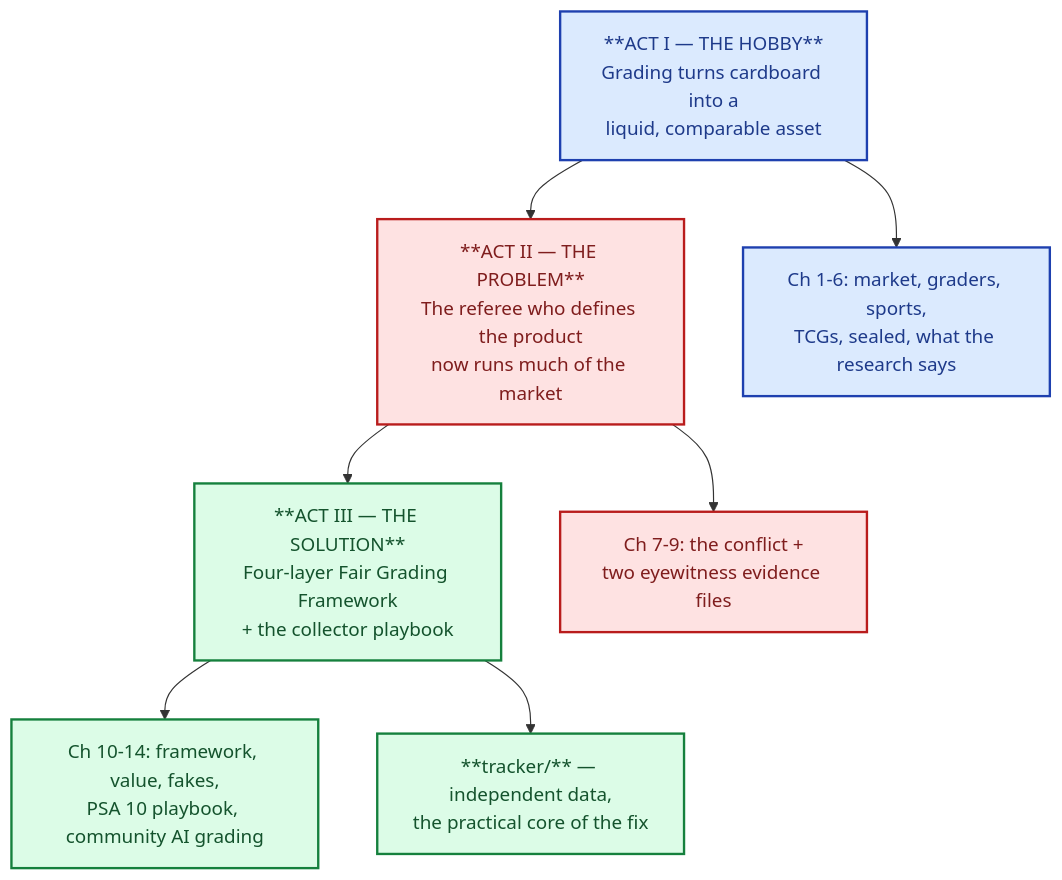
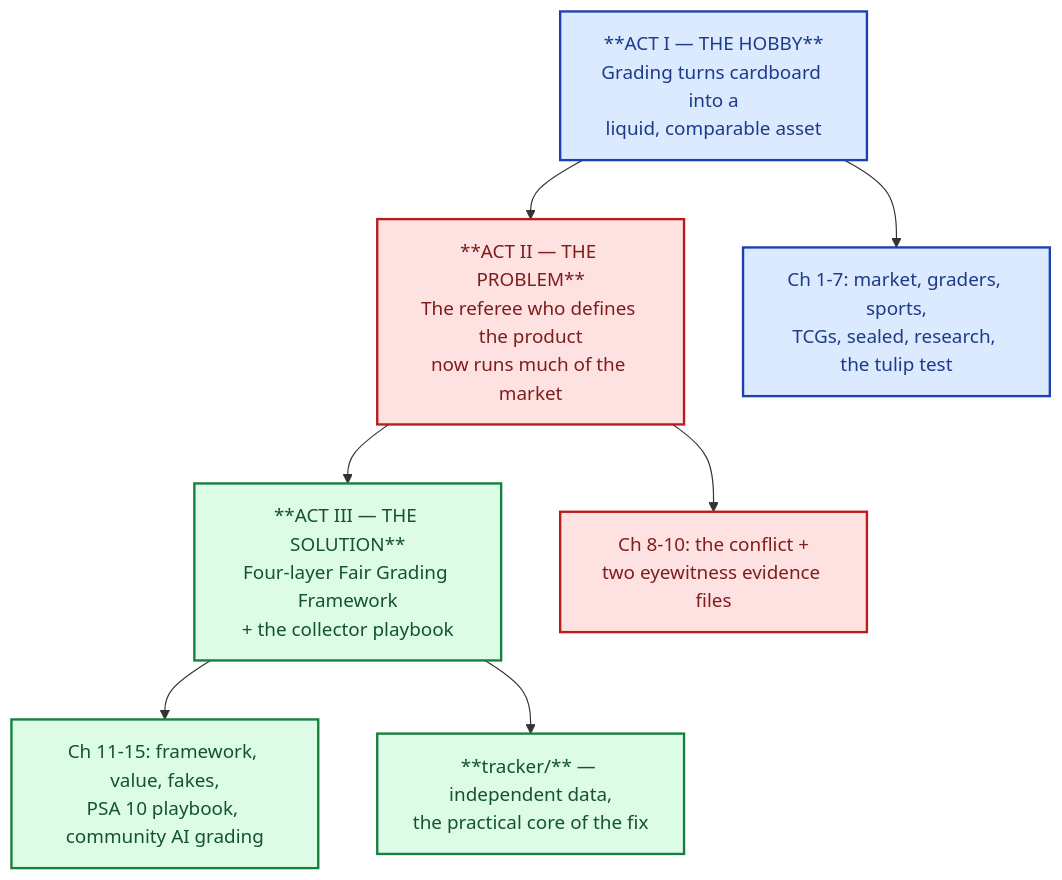
Before and after one commit to m0n3r0/trading-card-collector: the diagram in README.md, drawn with Mermaid. The commit also changed other lines of this file and 15 other files, not shown here.

````diff
--- a/README.md
+++ b/README.md
@@ -6,22 +6,22 @@
 ```mermaid
 
 flowchart TD
 classDef act1 fill:#dbeafe,stroke:#1e40af,stroke-width:2px,color:#1e3a8a;
 classDef act2 fill:#fee2e2,stroke:#b91c1c,stroke-width:2px,color:#7f1d1d;
 classDef act3 fill:#dcfce7,stroke:#15803d,stroke-width:2px,color:#14532d;
 classDef key fill:#fde68a,stroke:#b45309,stroke-width:2.5px,color:#78350f;
 classDef risk fill:#fecaca,stroke:#991b1b,stroke-width:2px,color:#7f1d1d;
 classDef verify fill:#bbf7d0,stroke:#15803d,stroke-width:2px,color:#14532d;
 classDef unv fill:#fef3c7,stroke:#b45309,stroke-width:2px,stroke-dasharray:6 4,color:#78350f;
 classDef money fill:#fef9c3,stroke:#a16207,stroke-width:2px,color:#713f12;
 classDef flow fill:#f1f5f9,stroke:#64748b,stroke-width:1.5px,color:#334155;
 classDef endg fill:#e2e8f0,stroke:#475569,stroke-width:2px,color:#1e293b;
   A["**ACT I — THE HOBBY**<br/>Grading turns cardboard into a<br/>liquid, comparable asset"]:::act1 --> B
   B["**ACT II — THE PROBLEM**<br/>The referee who defines the product<br/>now runs much of the market"]:::act2 --> C
   C["**ACT III — THE SOLUTION**<br/>Four-layer Fair Grading Framework<br/>+ the collector playbook"]:::act3
 
-  A --> A1["Ch 1-6: market, graders, sports,<br/>TCGs, sealed, what the research says"]:::act1
-  B --> B1["Ch 7-9: the conflict +<br/>two eyewitness evidence files"]:::act2
-  C --> C1["Ch 10-14: framework, value, fakes,<br/>PSA 10 playbook, community AI grading"]:::act3
+  A --> A1["Ch 1-7: market, graders, sports,<br/>TCGs, sealed, research, the tulip test"]:::act1
+  B --> B1["Ch 8-10: the conflict +<br/>two eyewitness evidence files"]:::act2
+  C --> C1["Ch 11-15: framework, value, fakes,<br/>PSA 10 playbook, community AI grading"]:::act3
   C --> T["**tracker/** — independent data,<br/>the practical core of the fix"]:::act3
 ```
````
